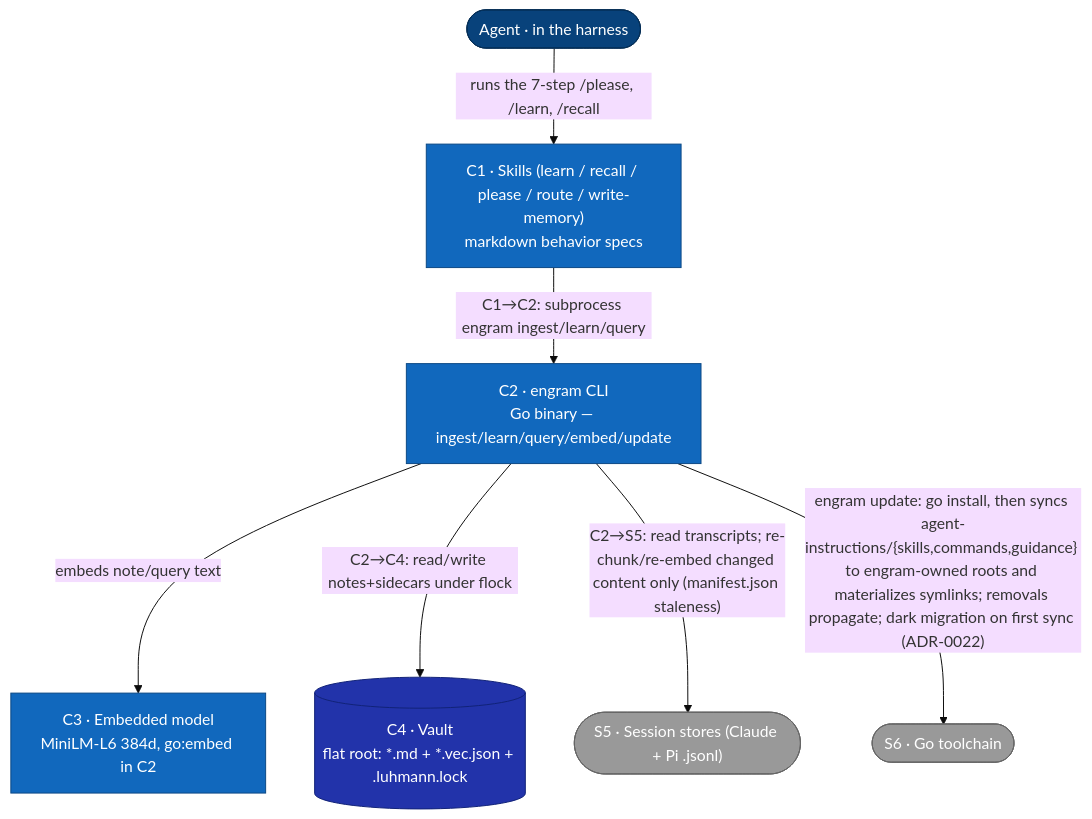
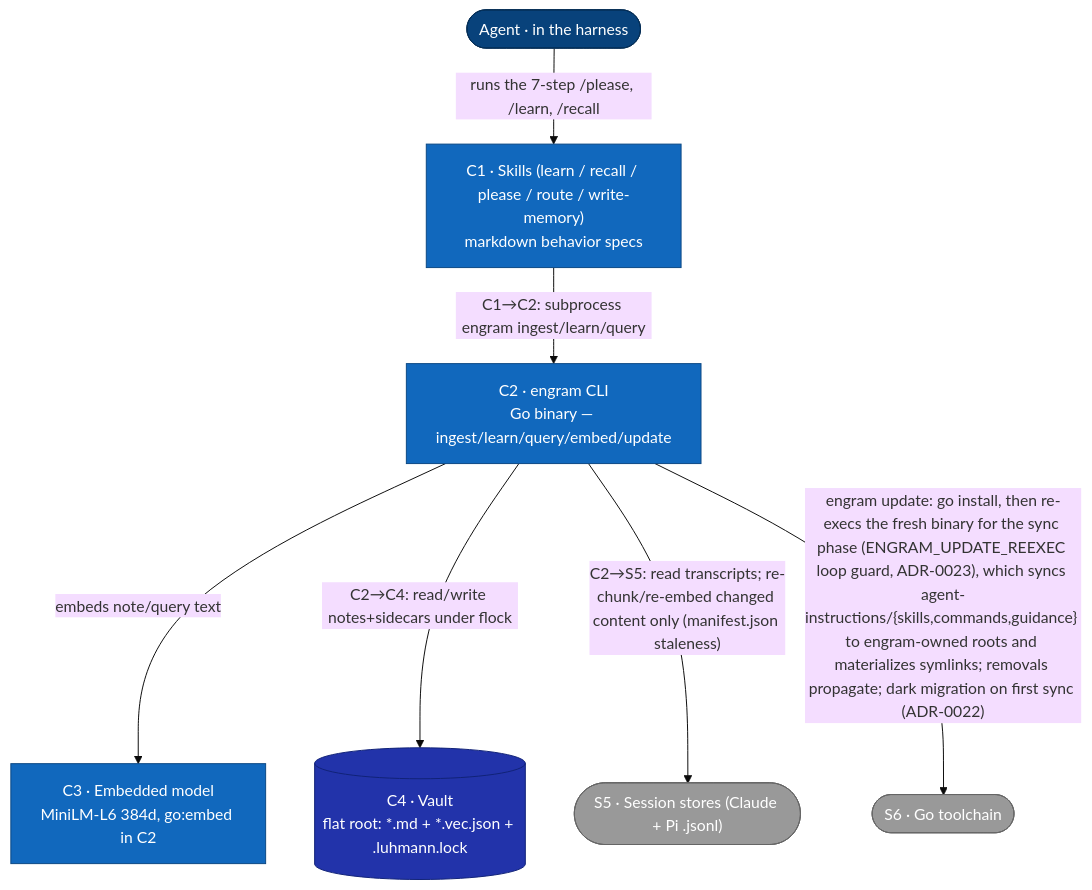
Before and after one commit to toejough/engram: the first of 8 diagrams in docs/architecture/c2-containers.md, drawn with Mermaid (base theme). The commit also changed other lines of this file and 23 other files, not shown here.

First line of the commit message:
feat(update): re-exec freshly installed binary for sync phase

````diff
--- a/docs/architecture/c2-containers.md
+++ b/docs/architecture/c2-containers.md
@@ -10,27 +10,27 @@
 ```mermaid
 flowchart TB
     classDef person    fill:#08427b,stroke:#052e56,color:#fff
     classDef external  fill:#999,   stroke:#666,   color:#fff
     classDef container fill:#1168bd,stroke:#0b4884,color:#fff
     classDef store     fill:#23a,   stroke:#127,   color:#fff
 
     agent([Agent · in the harness])
     skills["C1 · Skills (learn / recall / please / route / write-memory)<br/>markdown behavior specs"]
     cli["C2 · engram CLI<br/>Go binary — ingest/learn/query/embed/update"]
     model["C3 · Embedded model<br/>MiniLM-L6 384d, go:embed in C2"]
     vault[("C4 · Vault<br/>flat root: *.md + *.vec.json + .luhmann.lock")]
     sessions(["S5 · Session stores (Claude + Pi .jsonl)"])
     gotool(["S6 · Go toolchain"])
 
     agent -->|"runs the 7-step /please, /learn, /recall"| skills
     skills -->|"C1→C2: subprocess engram ingest/learn/query"| cli
     cli -->|"embeds note/query text"| model
     cli -->|"C2→C4: read/write notes+sidecars under flock"| vault
     cli -->|"C2→S5: read transcripts; re-chunk/re-embed changed content only (manifest.json staleness)"| sessions
-    cli -->|"engram update: go install, then syncs agent-instructions/{skills,commands,guidance} to engram-owned roots and materializes symlinks; removals propagate; dark migration on first sync (ADR-0022)"| gotool
+    cli -->|"engram update: go install, then re-execs the fresh binary for the sync phase (ENGRAM_UPDATE_REEXEC loop guard, ADR-0023), which syncs agent-instructions/{skills,commands,guidance} to engram-owned roots and materializes symlinks; removals propagate; dark migration on first sync (ADR-0022)"| gotool
 
     class agent person
     class skills,cli,model container
     class vault store
     class sessions,gotool external
 ```
````
